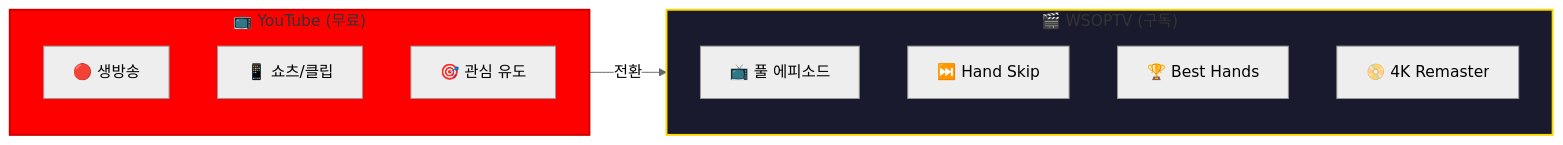
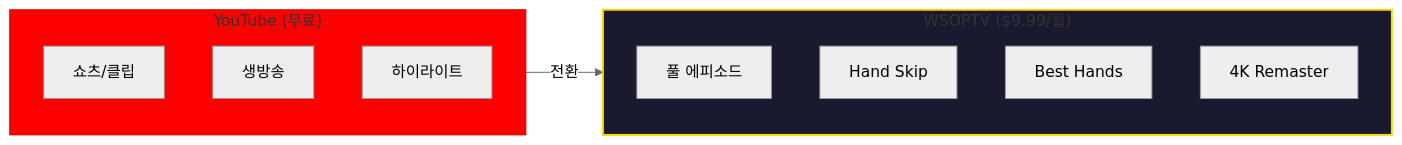
The first of 9 diagrams in tasks/prds/0010-prd-wsoptv/03-content-strategy.md (garimto81/wsoptv_v2), drawn with Mermaid (neutral theme) before and after one commit. The commit also changed other lines of this file and 27 other files, not shown here.

````diff
--- a/tasks/prds/0010-prd-wsoptv/03-content-strategy.md
+++ b/tasks/prds/0010-prd-wsoptv/03-content-strategy.md
@@ -229,22 +15,20 @@
 ```mermaid
 flowchart LR
-    subgraph YT["📺 YouTube (무료)"]
-        direction TB
-        Y1["🔴 생방송"]
-        Y2["📱 쇼츠/클립"]
-        Y3["🎯 관심 유도"]
+    subgraph FREE["YouTube (무료)"]
+        Y1["쇼츠/클립"]
+        Y2["생방송"]
+        Y3["하이라이트"]
     end
 
-    subgraph WS["🎬 WSOPTV (구독)"]
-        direction TB
-        W1["📺 풀 에피소드"]
-        W2["⏭️ Hand Skip"]
-        W3["🏆 Best Hands"]
-        W4["📀 4K Remaster"]
+    subgraph PAID["WSOPTV ($9.99/월)"]
+        W1["풀 에피소드"]
+        W2["Hand Skip"]
+        W3["Best Hands"]
+        W4["4K Remaster"]
     end
 
-    YT -->|"전환"| WS
+    FREE -->|"전환"| PAID
 
-    style WS fill:#1a1a2e,stroke:#ffd700,stroke-width:2px
-    style YT fill:#ff0000,stroke:#cc0000,stroke-width:2px
+    style PAID fill:#1a1a2e,stroke:#ffd700,stroke-width:2px
+    style FREE fill:#ff0000,stroke:#cc0000
 ```
````
